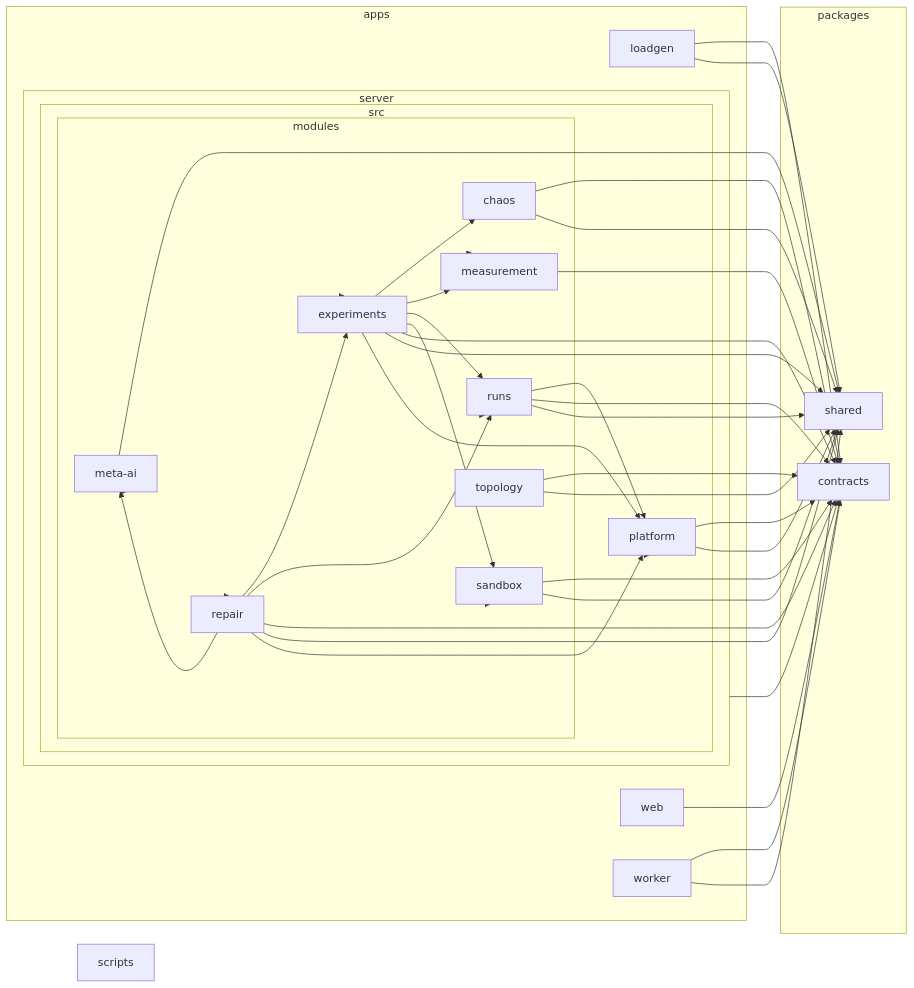
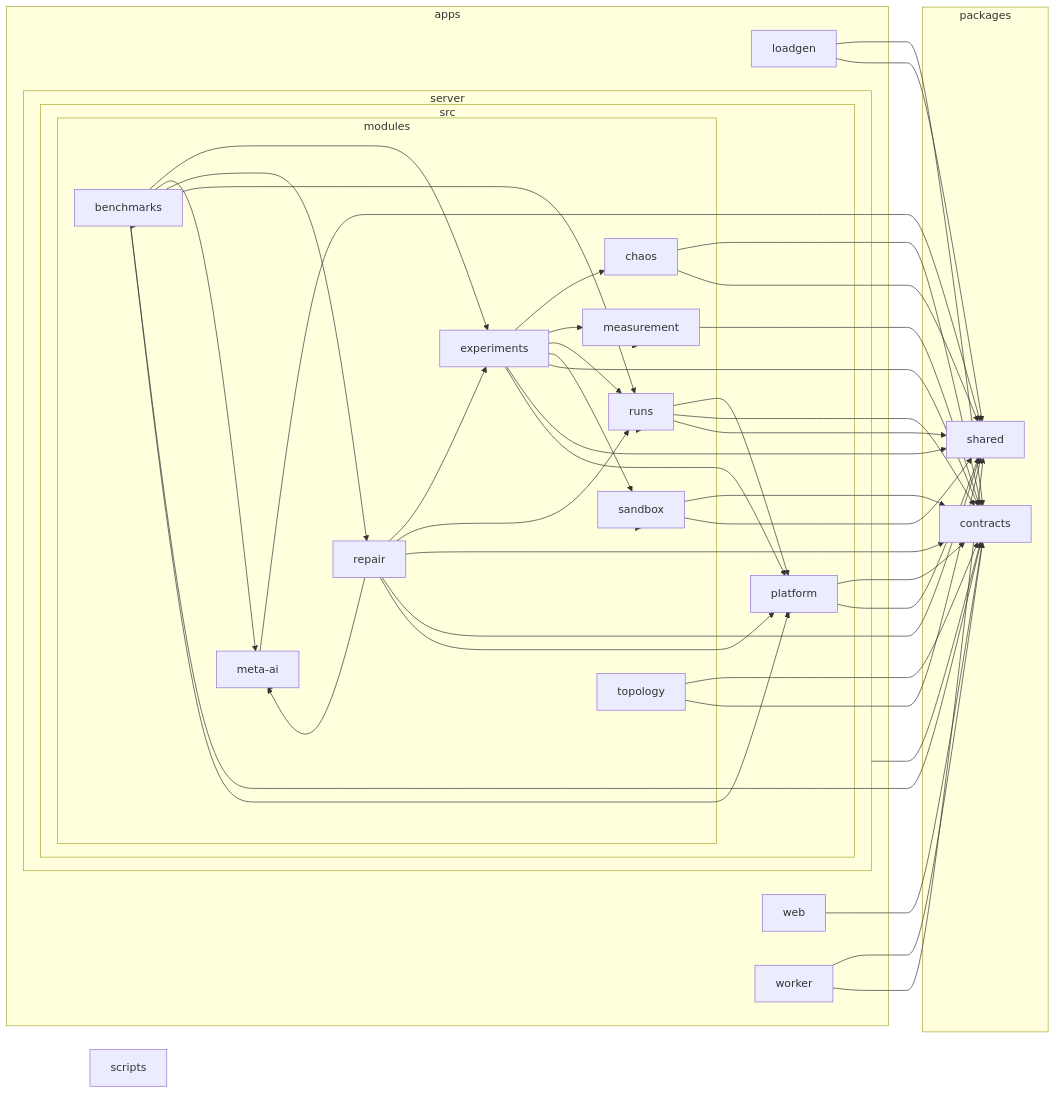
Before and after one commit to Jagdish-Padhi/EchmaMeet: the diagram in docs/architecture.md, drawn with Mermaid. The commit also changed 2 other files, not shown here.

Commit message:
docs: record phase 6 decisions, regenerate architecture graph and benchmark results

````diff
--- a/docs/architecture.md
+++ b/docs/architecture.md
@@ -58,70 +58,78 @@
 ```mermaid
 flowchart LR
 
 subgraph 0["apps"]
 1["loadgen"]
 subgraph 2["server"]
 subgraph 3["src"]
 subgraph 4["modules"]
-5["chaos"]
-6["experiments"]
-7["measurement"]
-8["meta-ai"]
-9["repair"]
-A["runs"]
-B["sandbox"]
-C["topology"]
+5["benchmarks"]
+6["chaos"]
+7["experiments"]
+8["measurement"]
+9["meta-ai"]
+A["repair"]
+B["runs"]
+C["sandbox"]
+D["topology"]
 end
-D["platform"]
+E["platform"]
 end
 end
-E["web"]
-F["worker"]
+F["web"]
+G["worker"]
 end
-subgraph G["packages"]
-H["contracts"]
-I["shared"]
+subgraph H["packages"]
+I["contracts"]
+J["shared"]
 end
-J["scripts"]
-1-->H
+K["scripts"]
 1-->I
+1-->J
 2-->5
 2-->6
 2-->7
 2-->8
 2-->9
 2-->A
+2-->B
+2-->D
+2-->E
 2-->C
-2-->D
-2-->B
-2-->H
-5-->H
+2-->I
+5-->7
+5-->9
+5-->A
+5-->B
 5-->I
-6-->5
-6-->7
-6-->A
-6-->B
-6-->H
+5-->E
 6-->I
-6-->D
-7-->H
+6-->J
+7-->6
+7-->8
+7-->B
+7-->C
+7-->I
+7-->J
+7-->E
 8-->I
-9-->6
-9-->8
-9-->A
-9-->H
-9-->I
-9-->D
-A-->D
-A-->H
+9-->J
+A-->7
+A-->9
+A-->B
 A-->I
-B-->H
+A-->J
+A-->E
+B-->E
 B-->I
-C-->H
+B-->J
 C-->I
-D-->H
+C-->J
 D-->I
-E-->H
-F-->H
+D-->J
+E-->I
+E-->J
 F-->I
+G-->I
+G-->J
 ```
````
